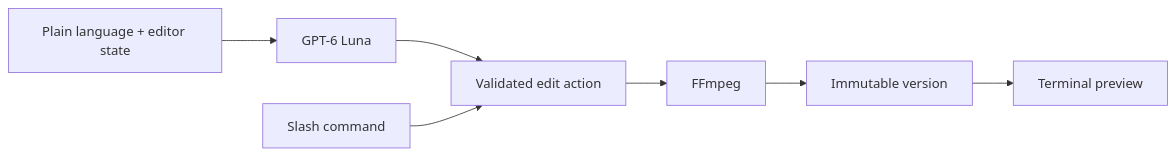
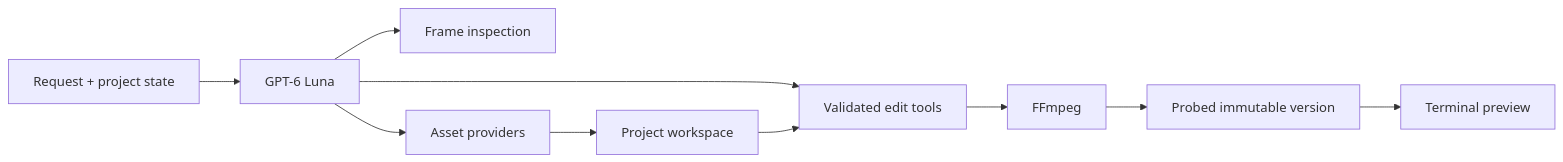
Before and after one commit to shing1Sks/DumbEditor: the diagram in README.md, drawn with Mermaid. The commit also changed other lines of this file and 16 other files, not shown here.

````diff
--- a/README.md
+++ b/README.md
@@ -124,9 +143,12 @@
 ```mermaid
 flowchart LR
-  Input[Plain language + editor state] --> Luna[GPT-6 Luna]
-  Luna --> Typed[Validated edit action]
-  Slash[Slash command] --> Typed
-  Typed --> FFmpeg
-  FFmpeg --> Version[Immutable version]
+  Prompt[Request + project state] --> Luna[GPT-6 Luna]
+  Luna --> Frames[Frame inspection]
+  Luna --> Assets[Asset providers]
+  Luna --> Tools[Validated edit tools]
+  Assets --> Workspace[Project workspace]
+  Workspace --> Tools
+  Tools --> FFmpeg
+  FFmpeg --> Version[Probed immutable version]
   Version --> Preview[Terminal preview]
 ```
````
